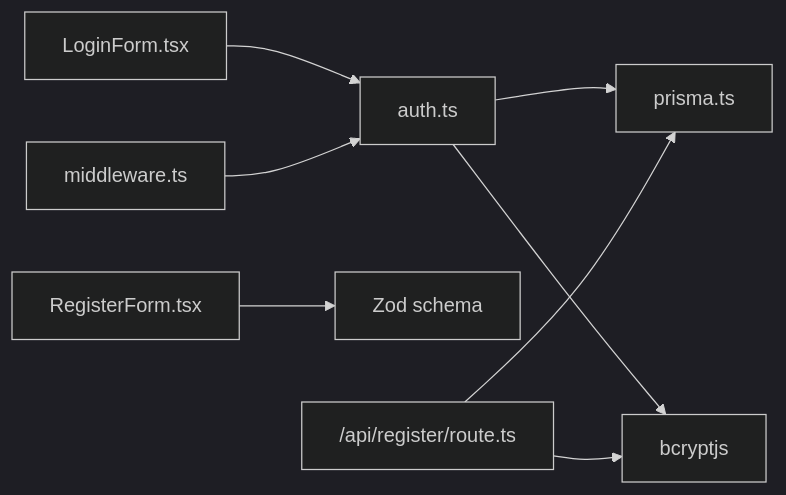
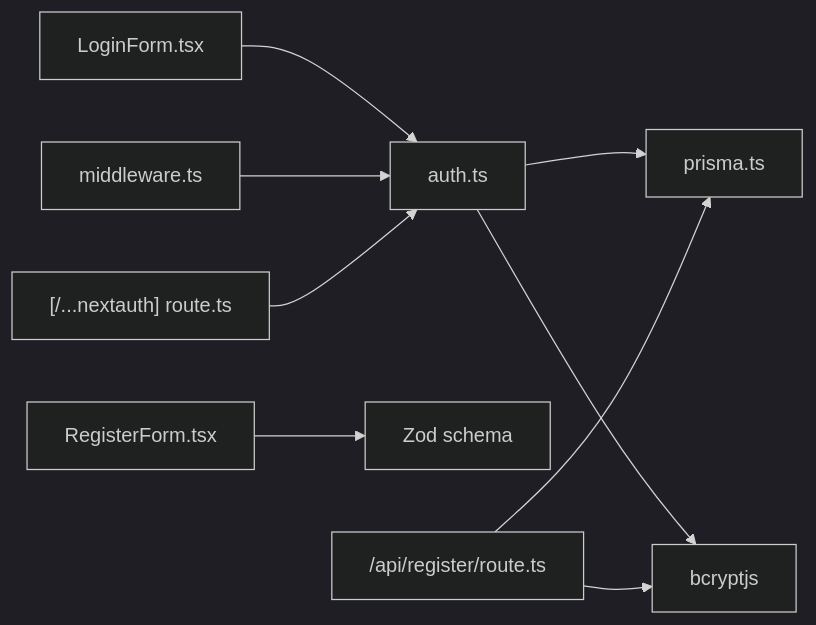
Before and after one commit to Crowdspender/titchybooks-app: the fourth of 4 diagrams in .qoder/repowiki/en/content/Authentication & Authorization/NextAuth Configuration & Setup.md, drawn with Mermaid (dark theme). The commit also changed other lines of this file and 74 other files, not shown here.

````diff
--- a/.qoder/repowiki/en/content/Authentication & Authorization/NextAuth Configuration & Setup.md
+++ b/.qoder/repowiki/en/content/Authentication & Authorization/NextAuth Configuration & Setup.md
@@ -250,10 +290,11 @@
 ```mermaid
 graph LR
 AUTH["auth.ts"] --> PRISMA["prisma.ts"]
 AUTH --> BC["bcryptjs"]
 REG_FORM["RegisterForm.tsx"] --> ZOD["Zod schema"]
 REG_API["/api/register/route.ts"] --> PRISMA
 REG_API --> BC
 LOGIN_UI["LoginForm.tsx"] --> AUTH
 MW["middleware.ts"] --> AUTH
+ROUTE_HANDLER["[/...nextauth] route.ts"] --> AUTH
 ```
````
